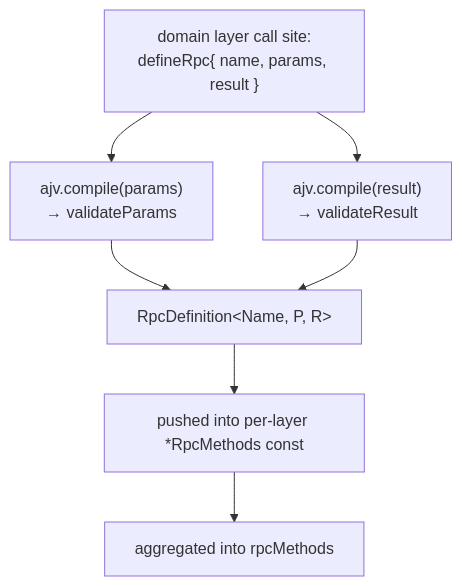
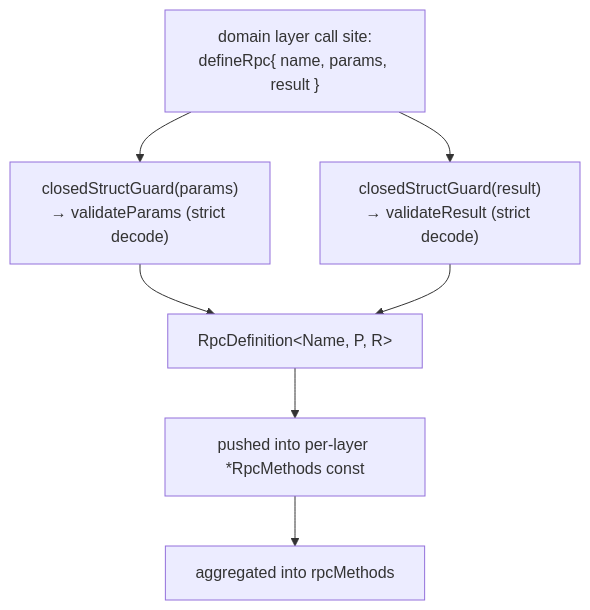
The second of 4 diagrams in packages/protocol/src/transport/MODULE.md (chughtapan/moltzap), drawn with Mermaid before and after one commit. The commit also changed other lines of this file and 89 other files, not shown here.

````diff
--- a/packages/protocol/src/transport/MODULE.md
+++ b/packages/protocol/src/transport/MODULE.md
@@ -395,10 +410,10 @@
 ```mermaid
 flowchart TD
   A["domain layer call site:<br>defineRpc{ name, params, result }"]
-  A --> B["ajv.compile(params)<br>→ validateParams"]
-  A --> C["ajv.compile(result)<br>→ validateResult"]
+  A --> B["closedStructGuard(params)<br>→ validateParams (strict decode)"]
+  A --> C["closedStructGuard(result)<br>→ validateResult (strict decode)"]
   B --> D["RpcDefinition&lt;Name, P, R&gt;"]
   C --> D
   D --> E["pushed into per-layer *RpcMethods const"]
   E --> F["aggregated into rpcMethods"]
 ```
````
